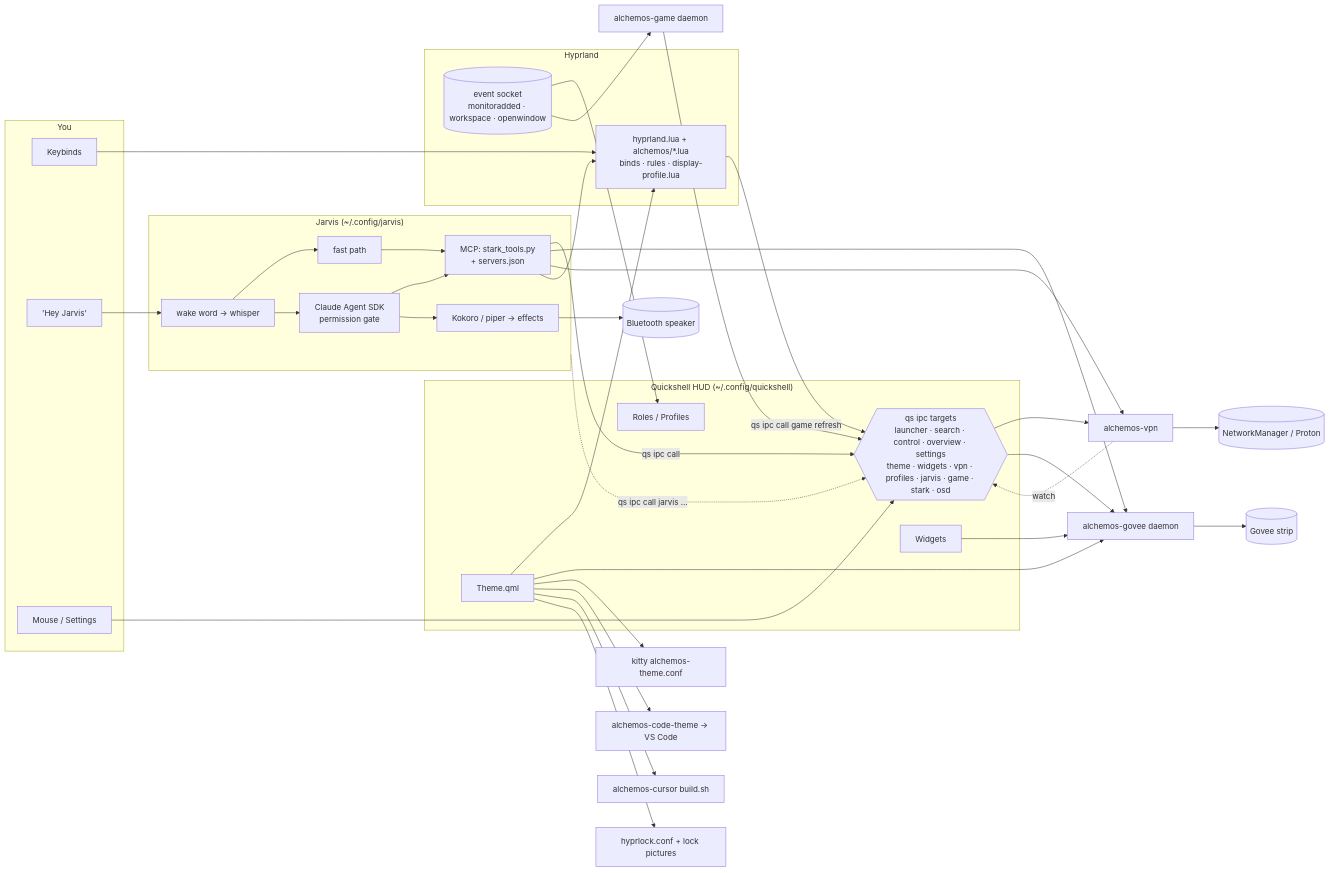
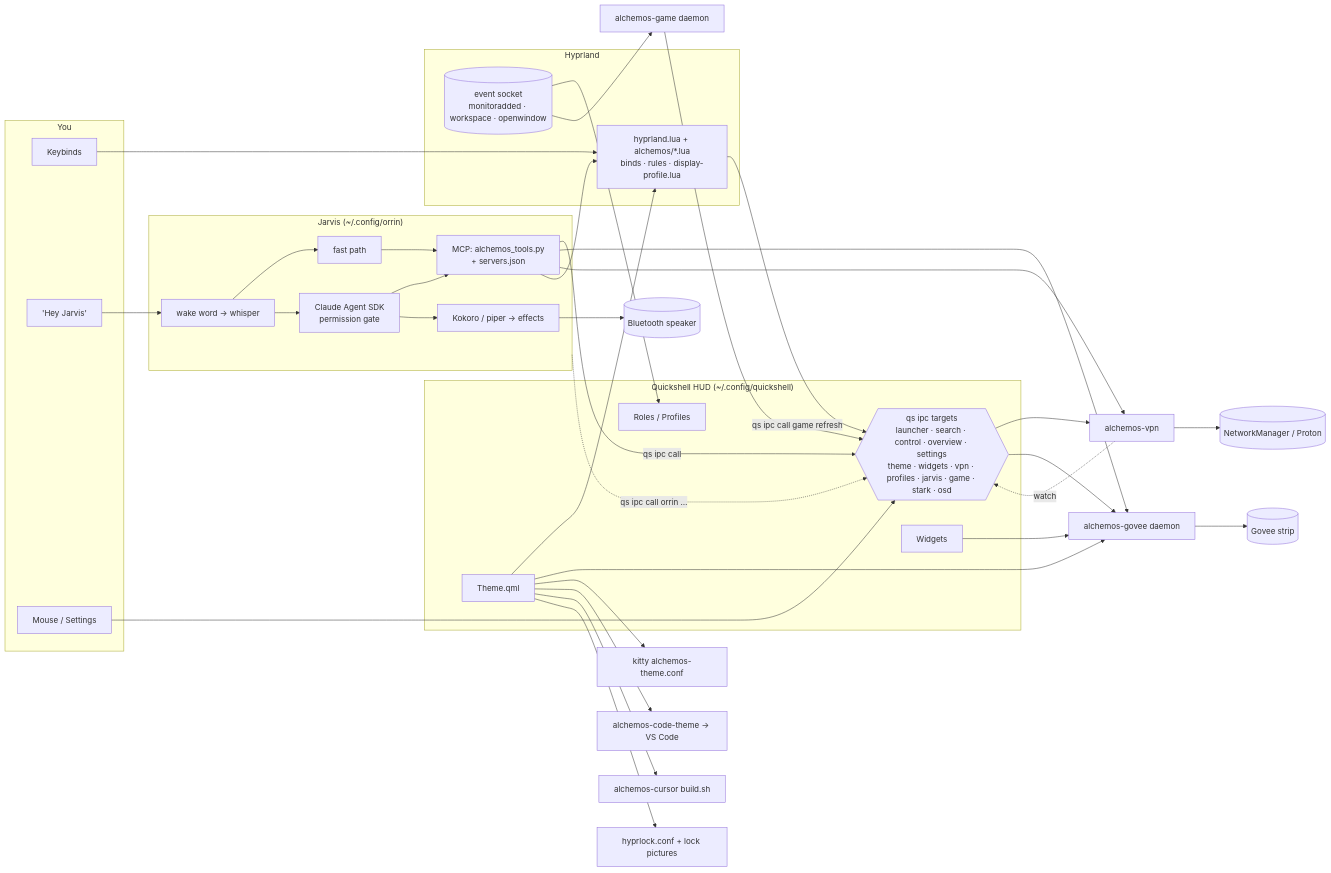
Before and after one commit to Tsheehan11/alchemos: the diagram in .github/README.md, drawn with Mermaid. The commit also changed other lines of this file and 260 other files, not shown here.

````diff
--- a/.github/README.md
+++ b/.github/README.md
@@ -385,52 +385,52 @@
 ```mermaid
 flowchart LR
     subgraph You
         K[Keybinds]
         V["'Hey Jarvis'"]
         M[Mouse / Settings]
     end
 
     subgraph Hyprland
         H[hyprland.lua + alchemos/*.lua<br/>binds · rules · display-profile.lua]
         EV[(event socket<br/>monitoradded · workspace · openwindow)]
     end
 
     subgraph HUD["Quickshell HUD (~/.config/quickshell)"]
         IPC{{qs ipc targets<br/>launcher · search · control · overview · settings<br/>theme · widgets · vpn · profiles · jarvis · game · stark · osd}}
         T[Theme.qml]
         R[Roles / Profiles]
         W[Widgets]
     end
 
-    subgraph Jarvis["Jarvis (~/.config/jarvis)"]
+    subgraph Jarvis["Jarvis (~/.config/orrin)"]
         EAR[wake word → whisper]
         FP[fast path]
         BR[Claude Agent SDK<br/>permission gate]
-        MCP[MCP: stark_tools.py<br/>+ servers.json]
+        MCP[MCP: alchemos_tools.py<br/>+ servers.json]
         VO[Kokoro / piper → effects]
     end
 
     G[alchemos-govee daemon] --> STRIP[(Govee strip)]
     VPN[alchemos-vpn] --> NM[(NetworkManager / Proton)]
     GAME[alchemos-game daemon]
     BT[(Bluetooth speaker)]
 
     K --> H --> IPC
     M --> IPC
     EV --> R & GAME
     V --> EAR --> FP --> MCP
     EAR --> BR --> MCP
     MCP -->|qs ipc call| IPC
     MCP --> G & VPN & H
     BR --> VO --> BT
-    Jarvis -.->|qs ipc call jarvis …| IPC
+    Jarvis -.->|qs ipc call orrin …| IPC
     T --> H & G
     T --> KITTY[kitty alchemos-theme.conf]
     T --> CODE[alchemos-code-theme → VS Code]
     T --> CUR[alchemos-cursor build.sh]
     T --> LOCK[hyprlock.conf + lock pictures]
     IPC --> VPN & G
     VPN -.->|watch| IPC
     GAME -->|qs ipc call game refresh| IPC
     W --> G
 ```
````
